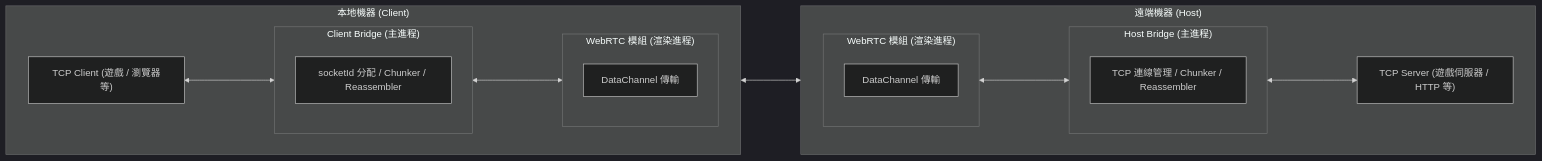
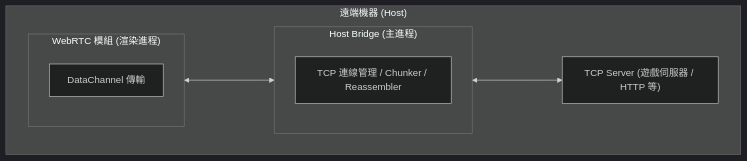
Before and after one commit to 1ureka/1ureka.net.p2p: the second of 5 diagrams in README.md, drawn with Mermaid (dark theme).

Commit message:
Revise flowchart for Client and Host architecture

````diff
--- a/README.md
+++ b/README.md
@@ -9,31 +25,15 @@
 ```mermaid
-flowchart LR
-    subgraph Client["本地機器 (Client)"]
-        direction LR
-        App["TCP Client (遊戲 / 瀏覽器等)"]
-        subgraph CBridge["Client Bridge (主進程)"]
-            CPool["socketId 分配 / Chunker / Reassembler"]
-        end
-        subgraph CWebRTC["WebRTC 模組 (渲染進程)"]
-            CRTC["DataChannel 傳輸"]
-        end
-        App <---> CBridge
-        CBridge <---> CWebRTC
-    end
-
+flowchart
     subgraph Host["遠端機器 (Host)"]
-        direction LR
         Srv["TCP Server (遊戲伺服器 / HTTP 等)"]
         subgraph HBridge["Host Bridge (主進程)"]
             HPool["TCP 連線管理 / Chunker / Reassembler"]
         end
         subgraph HWebRTC["WebRTC 模組 (渲染進程)"]
             HRTC["DataChannel 傳輸"]
         end
-        HWebRTC <---> HBridge
-        HBridge <---> Srv
     end
 
-    %% P2P 通道
-    CWebRTC <---> HWebRTC
+    HWebRTC <---> HBridge
+    HBridge <---> Srv
 ```
````
